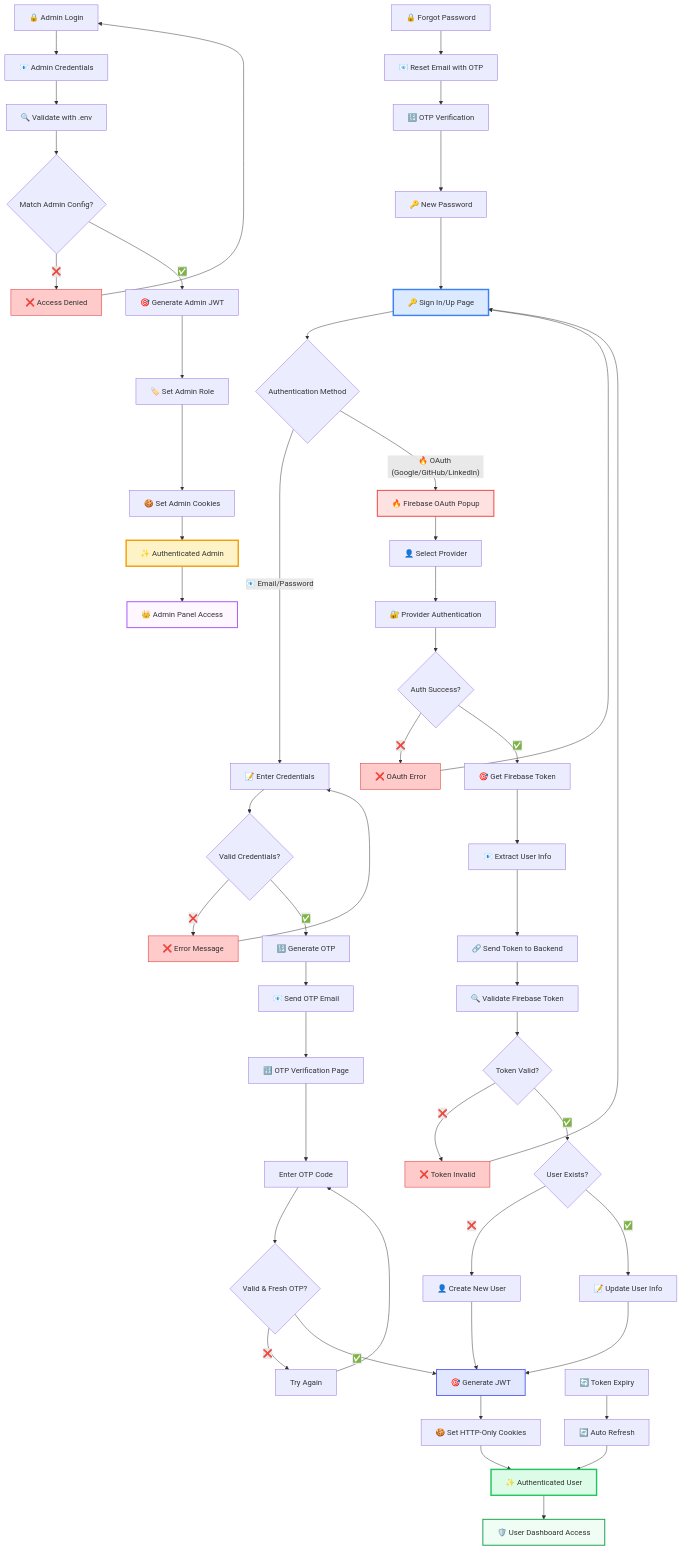
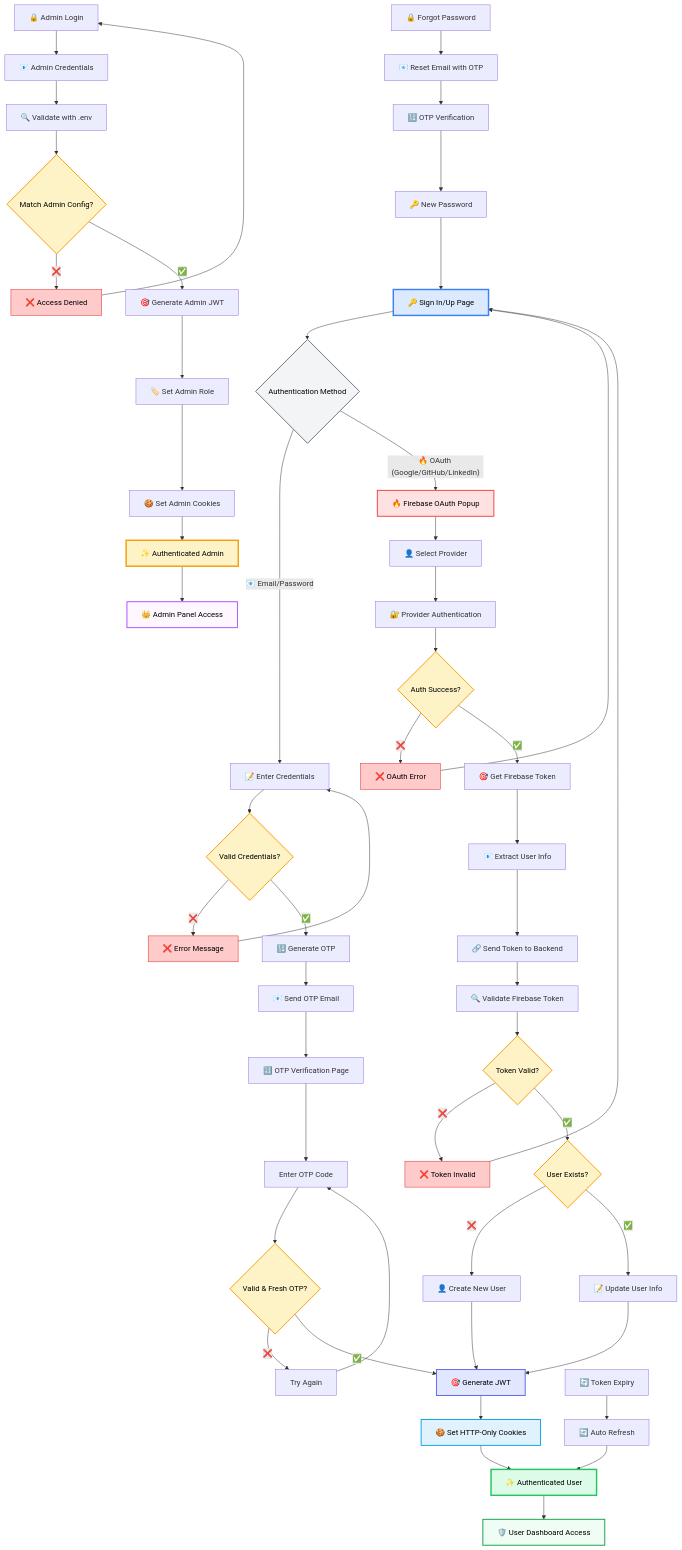
The first of 2 diagrams in README.md (sinanptm/full-stack-template), drawn with Mermaid before and after one commit. The commit also changed other lines of this file, not shown here.

````diff
--- a/README.md
+++ b/README.md
@@ -94,18 +96,28 @@
     QQ --> RR["✨ Authenticated Admin"]
     RR --> SS["👑 Admin Panel Access"]
     
-    %% Styling
-    style A fill:#dbeafe,stroke:#3b82f6,stroke-width:3px
-    style BB fill:#dcfce7,stroke:#22c55e,stroke-width:3px
-    style RR fill:#fef3c7,stroke:#f59e0b,stroke-width:3px
-    style L fill:#e0e7ff,stroke:#6366f1,stroke-width:2px
-    style M fill:#fee2e2,stroke:#ef4444,stroke-width:2px
-    style CC fill:#f0fdf4,stroke:#16a34a,stroke-width:2px
-    style SS fill:#fef7ff,stroke:#a855f7,stroke-width:2px
+    %% Styling with Black Text
+    style A fill:#dbeafe,stroke:#3b82f6,stroke-width:3px,color:#000000
+    style BB fill:#dcfce7,stroke:#22c55e,stroke-width:3px,color:#000000
+    style RR fill:#fef3c7,stroke:#f59e0b,stroke-width:3px,color:#000000
+    style L fill:#e0e7ff,stroke:#6366f1,stroke-width:2px,color:#000000
+    style M fill:#fee2e2,stroke:#ef4444,stroke-width:2px,color:#000000
+    style CC fill:#f0fdf4,stroke:#16a34a,stroke-width:2px,color:#000000
+    style SS fill:#fef7ff,stroke:#a855f7,stroke-width:2px,color:#000000
     
-    %% Error States
-    style E fill:#fecaca,stroke:#dc2626,stroke-width:1px
-    style Q fill:#fecaca,stroke:#dc2626,stroke-width:1px
-    style W fill:#fecaca,stroke:#dc2626,stroke-width:1px
-    style NN fill:#fecaca,stroke:#dc2626,stroke-width:1px
+    %% Error States with Black Text
+    style E fill:#fecaca,stroke:#dc2626,stroke-width:1px,color:#000000
+    style Q fill:#fecaca,stroke:#dc2626,stroke-width:1px,color:#000000
+    style W fill:#fecaca,stroke:#dc2626,stroke-width:1px,color:#000000
+    style NN fill:#fecaca,stroke:#dc2626,stroke-width:1px,color:#000000
+    
+    %% Additional Key Nodes with Black Text
+    style B fill:#f3f4f6,stroke:#6b7280,stroke-width:2px,color:#000000
+    style D fill:#fef3c7,stroke:#f59e0b,stroke-width:2px,color:#000000
+    style J fill:#fef3c7,stroke:#f59e0b,stroke-width:2px,color:#000000
+    style P fill:#fef3c7,stroke:#f59e0b,stroke-width:2px,color:#000000
+    style V fill:#fef3c7,stroke:#f59e0b,stroke-width:2px,color:#000000
+    style X fill:#fef3c7,stroke:#f59e0b,stroke-width:2px,color:#000000
+    style MM fill:#fef3c7,stroke:#f59e0b,stroke-width:2px,color:#000000
+    style AA fill:#e0f2fe,stroke:#0ea5e9,stroke-width:2px,color:#000000
 ```
````
